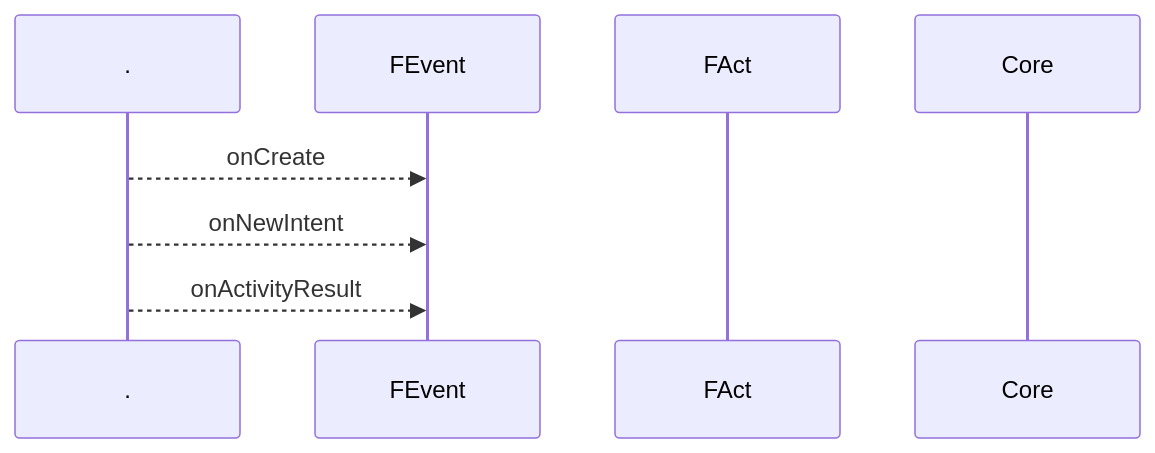
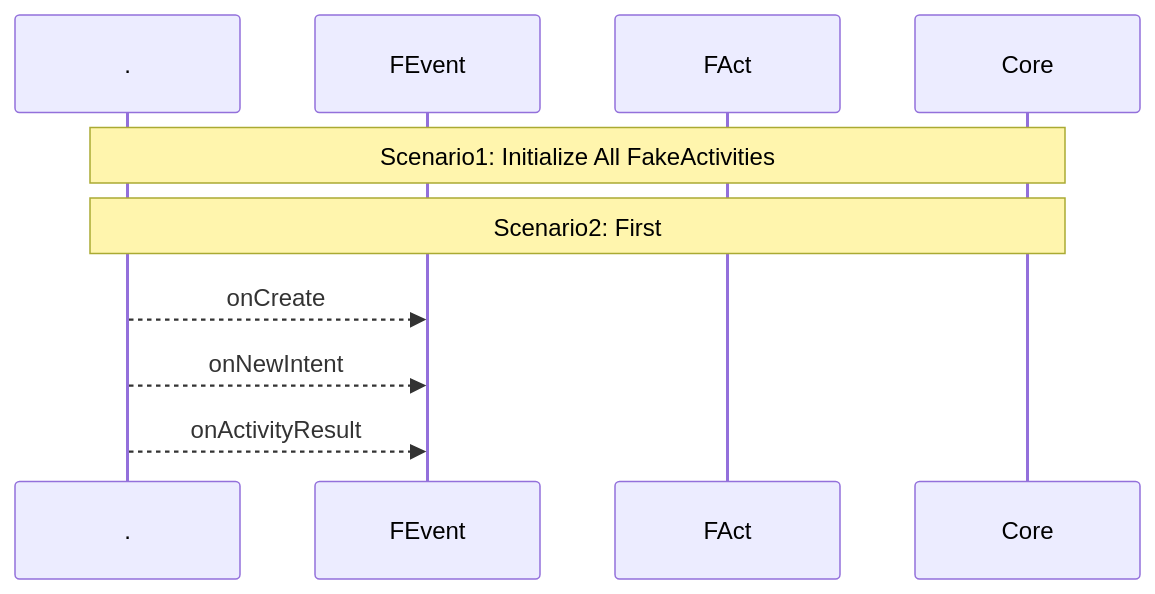
One commit to gordianknotC/nxp_note changed the fourth of 6 diagrams in flutter/android_to_flutter.md. Above: the diagram before and after it, drawn with Mermaid. The commit also changed other lines of this file, not shown here.

````diff
--- a/flutter/android_to_flutter.md
+++ b/flutter/android_to_flutter.md
@@ -167,14 +167,19 @@
 ```mermaid
 sequenceDiagram
 participant .
 participant FEvent
 participant FAct
 participant Core
 
+Note over ., Core: Scenario1: Initialize All FakeActivities
+
+Note over ., Core: Scenario2: First 
 . -->> FEvent :onCreate
+
+
 
 . -->> FEvent: onNewIntent
 
 . -->> FEvent: onActivityResult
 
 ```
````
